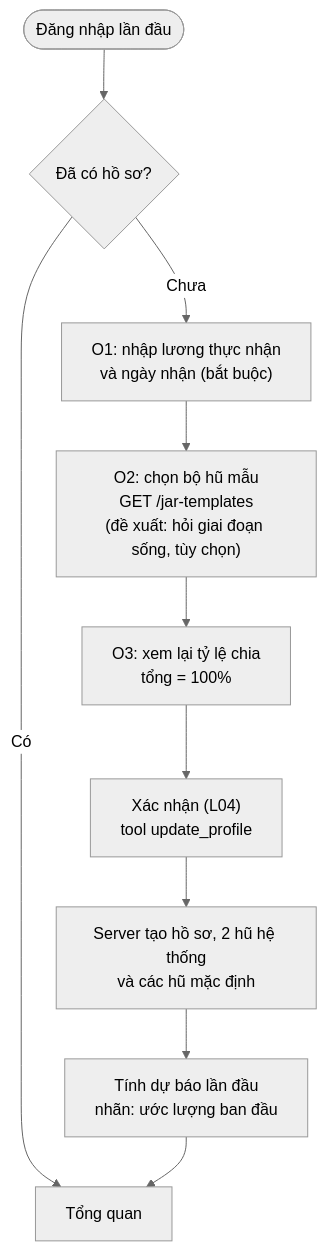
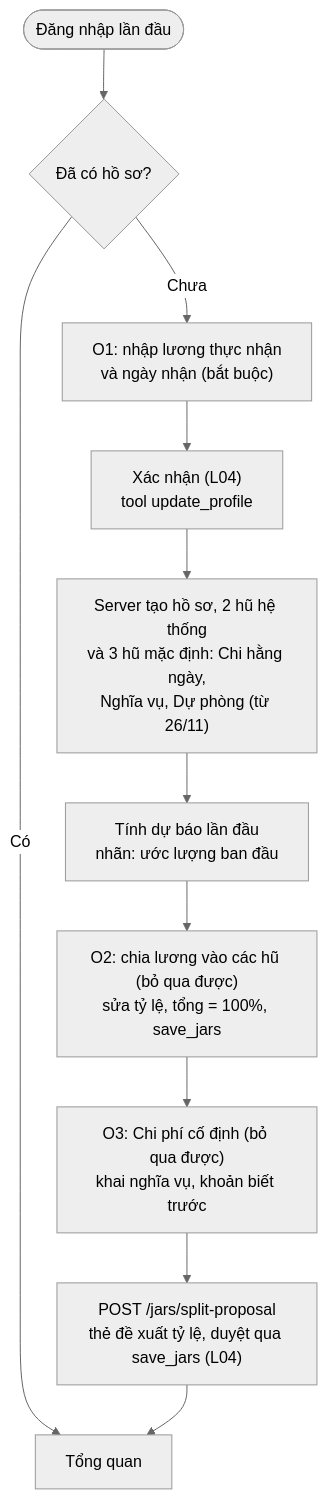
Before and after one commit to thphuc06/HCPUS_MoMoMentum: the second of 22 diagrams in docs/ba/07-dac-ta-luong-hoat-dong.md, drawn with Mermaid (neutral theme). The commit also changed other lines of this file and 2 other files, not shown here.

Commit message:
Đồng bộ FR, AC và luồng với bộ hũ mặc định mới, tách AC ví demo và ví 3 hũ (#39)

````diff
--- a/docs/ba/07-dac-ta-luong-hoat-dong.md
+++ b/docs/ba/07-dac-ta-luong-hoat-dong.md
@@ -117,12 +117,13 @@
 ```mermaid
 flowchart TD
     S([Đăng nhập lần đầu]) --> P{Đã có hồ sơ?}
     P -- Có --> OV[Tổng quan]
     P -- Chưa --> O1["O1: nhập lương thực nhận<br/>và ngày nhận (bắt buộc)"]
-    O1 --> O2["O2: chọn bộ hũ mẫu<br/>GET /jar-templates<br/>(đề xuất: hỏi giai đoạn sống, tùy chọn)"]
-    O2 --> O3["O3: xem lại tỷ lệ chia<br/>tổng = 100%"]
-    O3 --> CF["Xác nhận (L04)<br/>tool update_profile"]
-    CF --> CR["Server tạo hồ sơ, 2 hũ hệ thống<br/>và các hũ mặc định"]
+    O1 --> CF["Xác nhận (L04)<br/>tool update_profile"]
+    CF --> CR["Server tạo hồ sơ, 2 hũ hệ thống<br/>và 3 hũ mặc định: Chi hằng ngày,<br/>Nghĩa vụ, Dự phòng (từ 26/11)"]
     CR --> FC["Tính dự báo lần đầu<br/>nhãn: ước lượng ban đầu"]
-    FC --> OV
+    FC --> O2["O2: chia lương vào các hũ (bỏ qua được)<br/>sửa tỷ lệ, tổng = 100%, save_jars"]
+    O2 --> O3["O3: Chi phí cố định (bỏ qua được)<br/>khai nghĩa vụ, khoản biết trước"]
+    O3 --> SP["POST /jars/split-proposal<br/>thẻ đề xuất tỷ lệ, duyệt qua save_jars (L04)"]
+    SP --> OV
 ```
````
